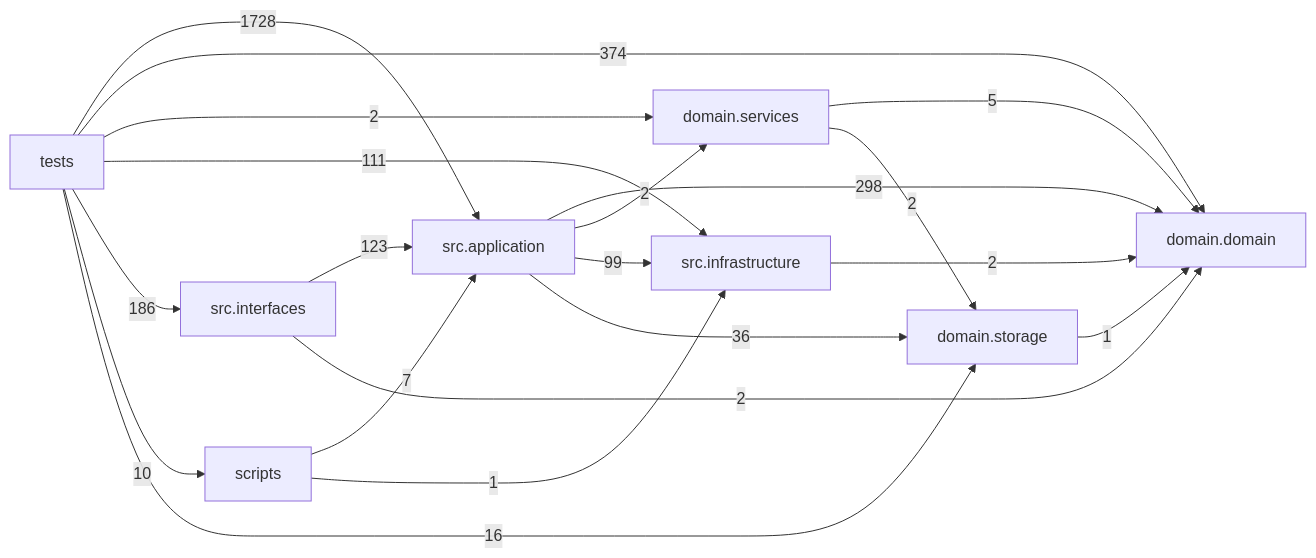
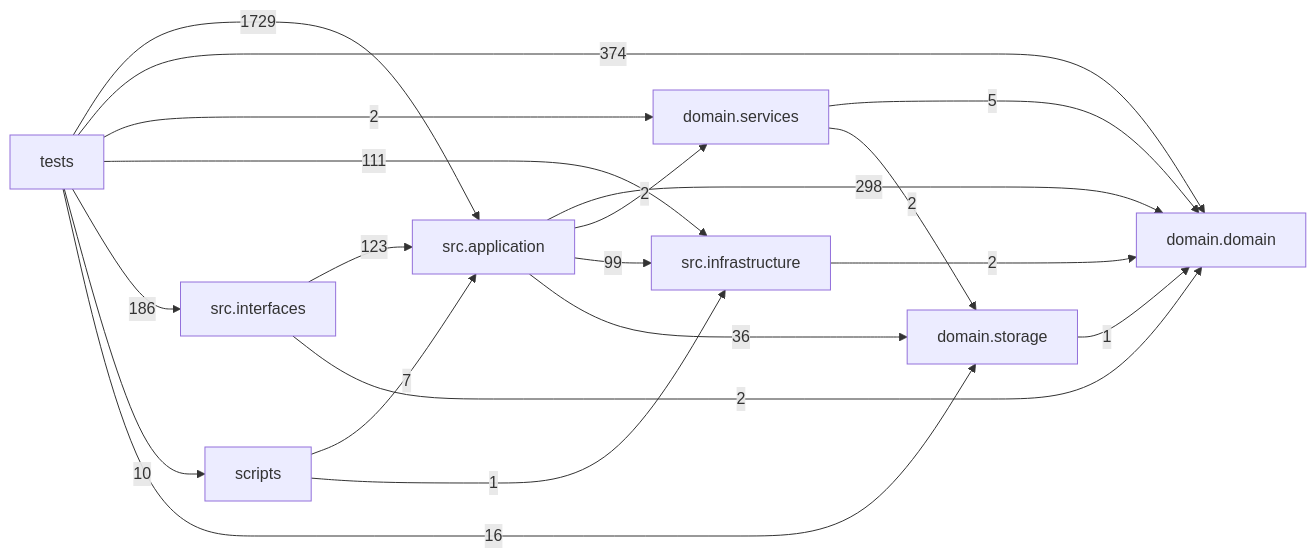
The diagram in docs/DEPENDENCY_GRAPH.md (liuxie066/options-monitor), drawn with Mermaid before and after one commit. The commit also changed other lines of this file and 31 other files, not shown here.

````diff
--- a/docs/DEPENDENCY_GRAPH.md
+++ b/docs/DEPENDENCY_GRAPH.md
@@ -24,30 +24,30 @@
 ```mermaid
 flowchart LR
   tests["tests"]
   scripts["scripts"]
   interfaces["src.interfaces"]
   application["src.application"]
   infrastructure["src.infrastructure"]
   domain_services["domain.services"]
   domain["domain.domain"]
   storage["domain.storage"]
   application -->|298| domain
   application -->|2| domain_services
   application -->|99| infrastructure
   application -->|36| storage
   domain_services -->|5| domain
   domain_services -->|2| storage
   infrastructure -->|2| domain
   interfaces -->|123| application
   interfaces -->|2| domain
   scripts -->|7| application
   scripts -->|1| infrastructure
   storage -->|1| domain
-  tests -->|1728| application
+  tests -->|1729| application
   tests -->|374| domain
   tests -->|2| domain_services
   tests -->|111| infrastructure
   tests -->|186| interfaces
   tests -->|10| scripts
   tests -->|16| storage
 ```
````
